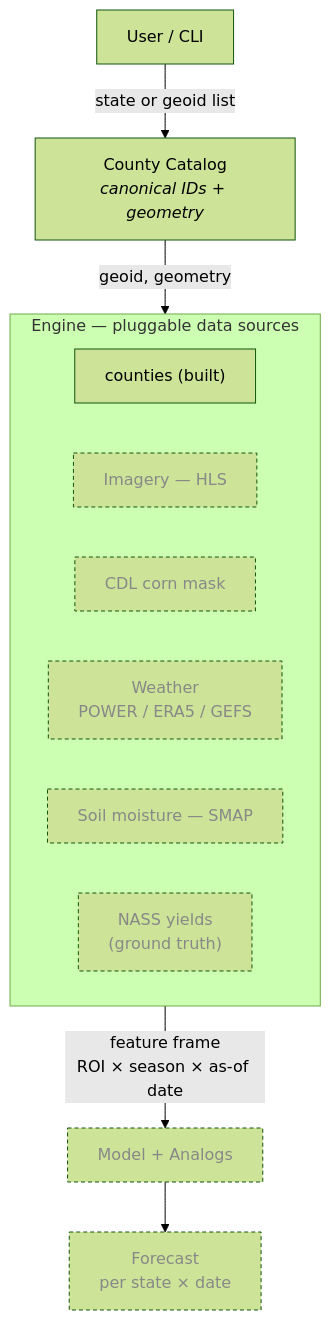
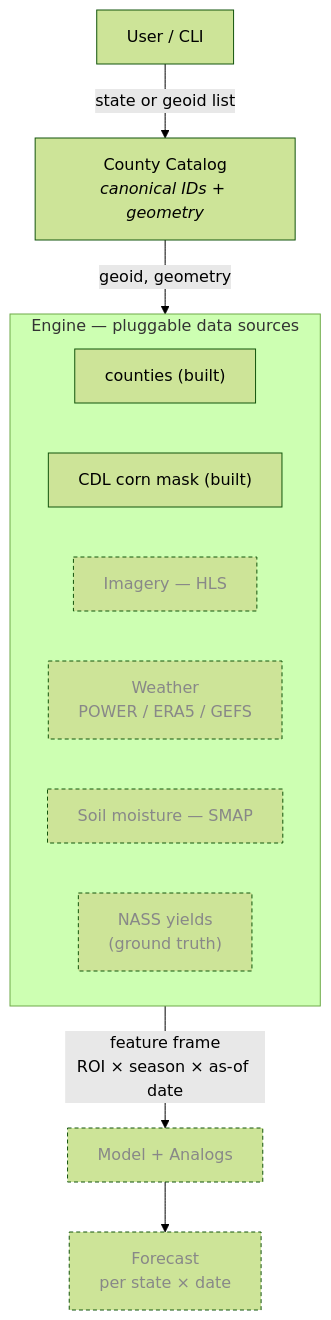
Before and after one commit to JakeAum/hack26: the first of 3 diagrams in software/SPEC.md, drawn with Mermaid (forest theme). The commit also changed other lines of this file and 4 other files, not shown here.

First line of the commit message:
feat(cdl): integrate Cropland Data Layer for county-level corn statistics

````diff
--- a/software/SPEC.md
+++ b/software/SPEC.md
@@ -13,20 +13,20 @@
 ```mermaid
 flowchart TD
     User["User / CLI"] -->|state or geoid list| Catalog["County Catalog<br/><i>canonical IDs + geometry</i>"]
     Catalog -->|geoid, geometry| Engine
 
     subgraph Engine["Engine — pluggable data sources"]
         direction LR
         Counties["counties (built)"]
+        CDL["CDL corn mask (built)"]
         HLS["Imagery — HLS"]:::planned
-        CDL["CDL corn mask"]:::planned
         WX["Weather<br/>POWER / ERA5 / GEFS"]:::planned
         SM["Soil moisture — SMAP"]:::planned
         NASS["NASS yields<br/>(ground truth)"]:::planned
     end
 
     Engine -->|feature frame<br/>ROI × season × as-of date| Model["Model + Analogs"]:::planned
     Model --> Forecast["Forecast<br/>per state × date"]:::planned
 
     classDef planned stroke-dasharray: 4 3, color:#888;
 ```
````
